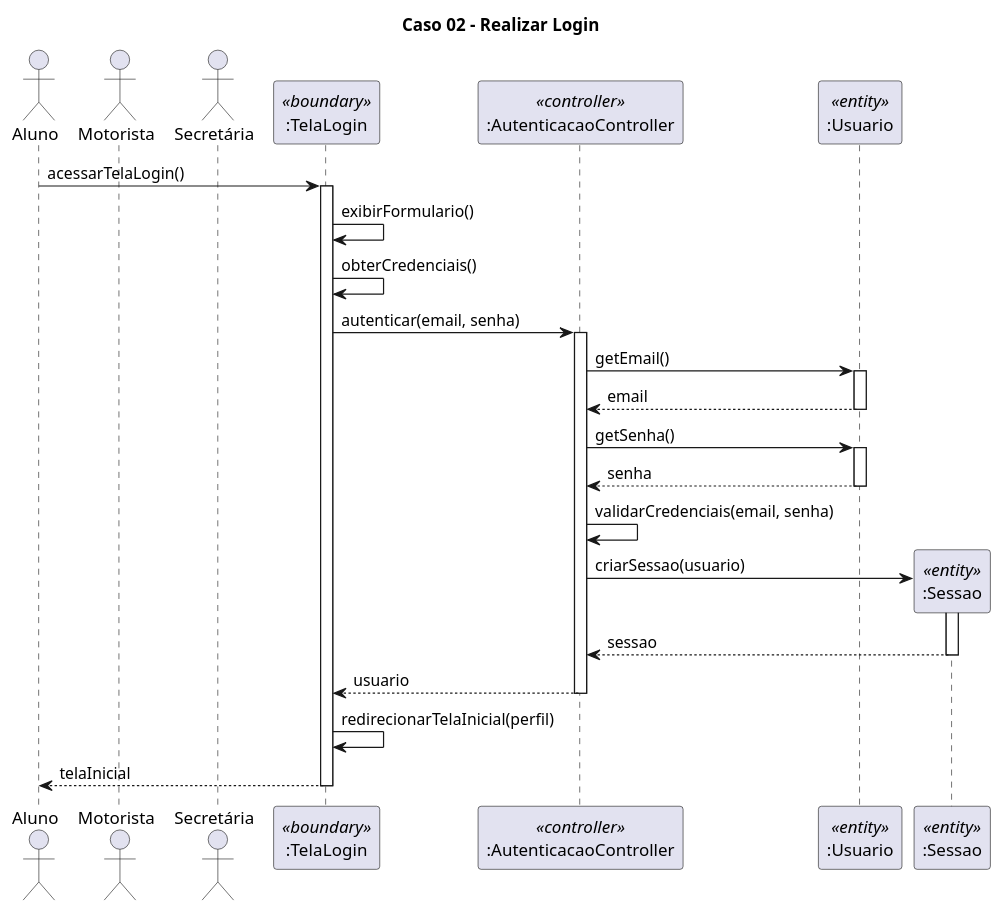
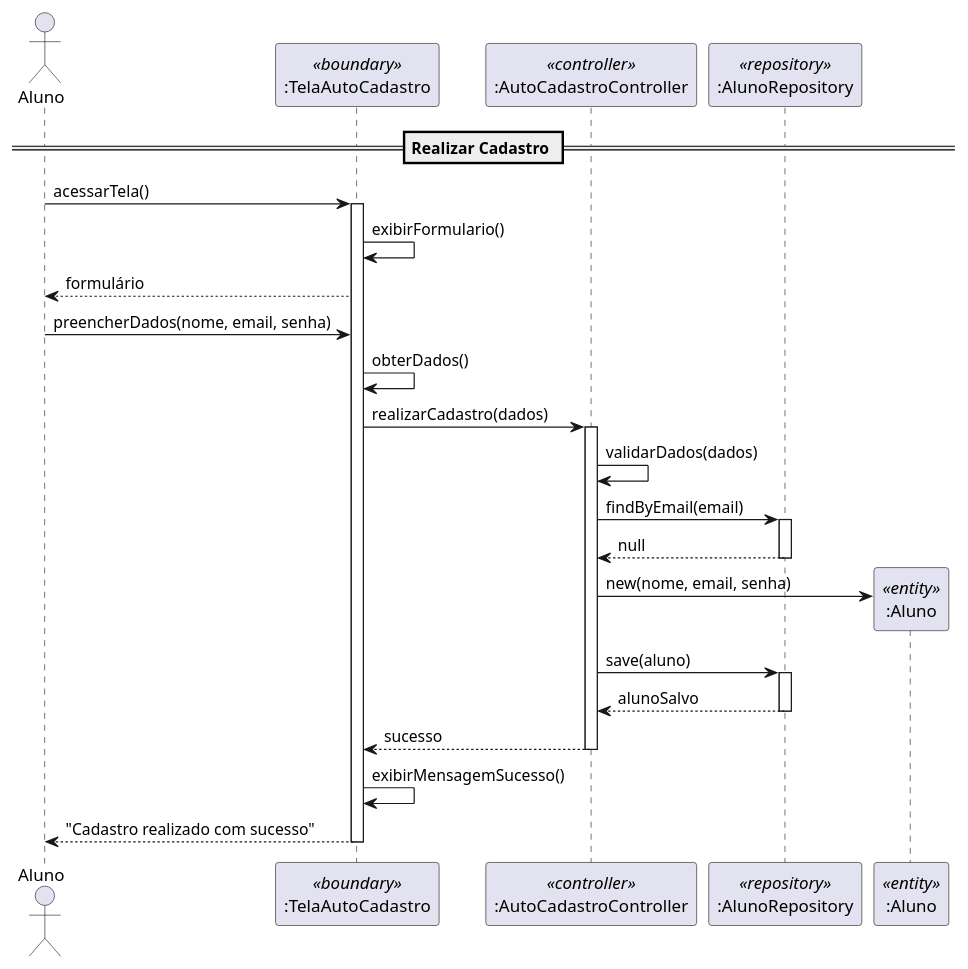
One commit to viniciusdias2902/modelagem_uml changed the diagram in sequencia/Caso_02_Sequencia.puml. Above: the diagram before and after it, drawn with PlantUML. The commit also changed other lines of this file and 117 other files, not shown here.

Commit message:
Atualização dos diagramas

```diff
--- a/sequencia/Caso_02_Sequencia.puml
+++ b/sequencia/Caso_02_Sequencia.puml
@@ -1,49 +1,45 @@
 @startuml
 
-title Caso 02 - Realizar Login
+actor Aluno
+participant ":TelaAutoCadastro" as TC <<boundary>>
+participant ":AutoCadastroController" as ACC <<controller>>
+participant ":AlunoRepository" as AR <<repository>>
+participant ":Aluno" as A <<entity>>
 
-actor Aluno
-actor Motorista
-actor Secretaria as "Secretária"
+== Realizar Cadastro ==
 
-participant ":TelaLogin" as TL <<boundary>>
-participant ":AutenticacaoController" as AC <<controller>>
-participant ":Usuario" as U <<entity>>
-participant ":Sessao" as S <<entity>>
+Aluno -> TC: acessarTela()
+activate TC
 
-Aluno -> TL: acessarTelaLogin()
-activate TL
+TC -> TC: exibirFormulario()
+TC --> Aluno: formulário
 
-TL -> TL: exibirFormulario()
-TL -> TL: obterCredenciais()
+Aluno -> TC: preencherDados(nome, email, senha)
+TC -> TC: obterDados()
 
-TL -> AC: autenticar(email, senha)
-activate AC
+TC -> ACC: realizarCadastro(dados)
+activate ACC
 
-AC -> U: getEmail()
-activate U
-U --> AC: email
-deactivate U
+ACC -> ACC: validarDados(dados)
 
-AC -> U: getSenha()
-activate U
-U --> AC: senha
-deactivate U
+ACC -> AR: findByEmail(email)
+activate AR
+AR --> ACC: null
+deactivate AR
 
-AC -> AC: validarCredenciais(email, senha)
+create A
+ACC -> A: new(nome, email, senha)
 
-create S
-AC -> S: criarSessao(usuario)
-activate S
-S --> AC: sessao
-deactivate S
+ACC -> AR: save(aluno)
+activate AR
+AR --> ACC: alunoSalvo
+deactivate AR
 
-AC --> TL: usuario
-deactivate AC
+ACC --> TC: sucesso
+deactivate ACC
 
-TL -> TL: redirecionarTelaInicial(perfil)
-
-TL --> Aluno: telaInicial
-deactivate TL
+TC -> TC: exibirMensagemSucesso()
+TC --> Aluno: "Cadastro realizado com sucesso"
+deactivate TC
 
 @enduml
```
